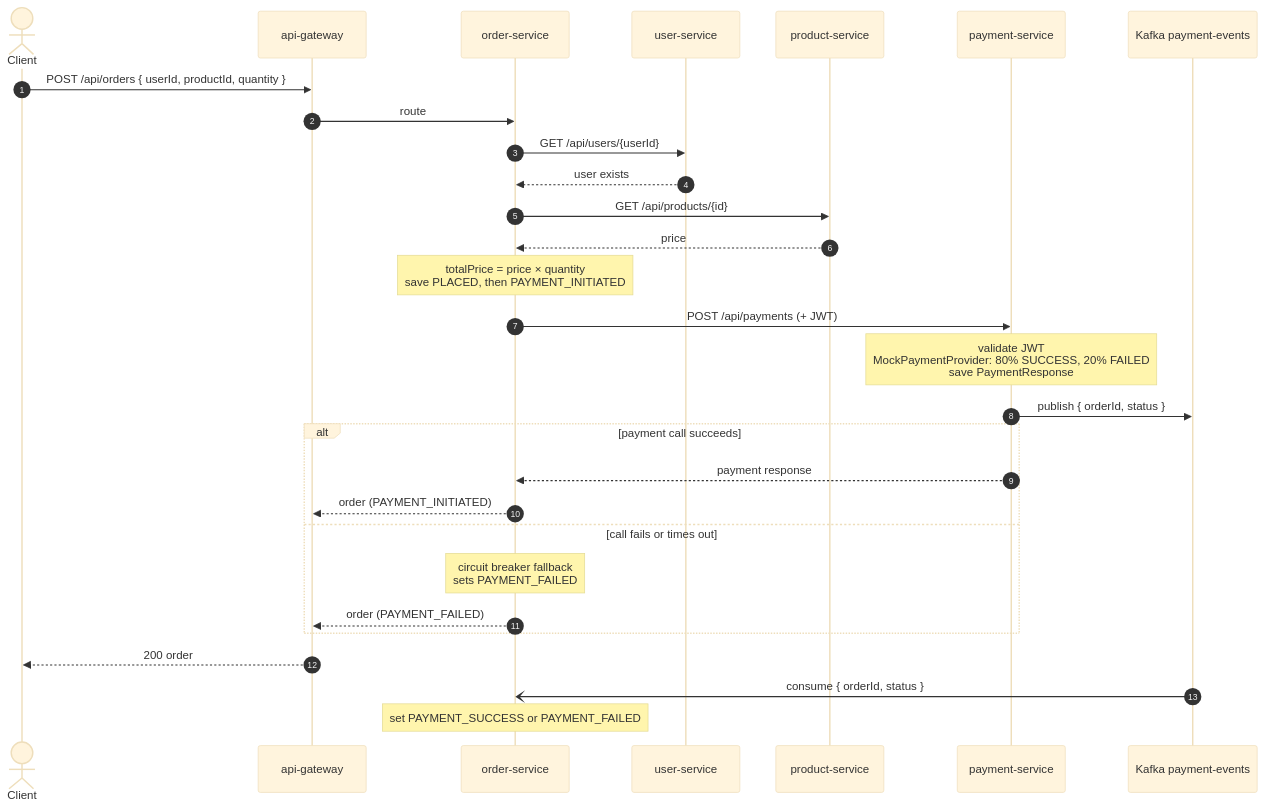
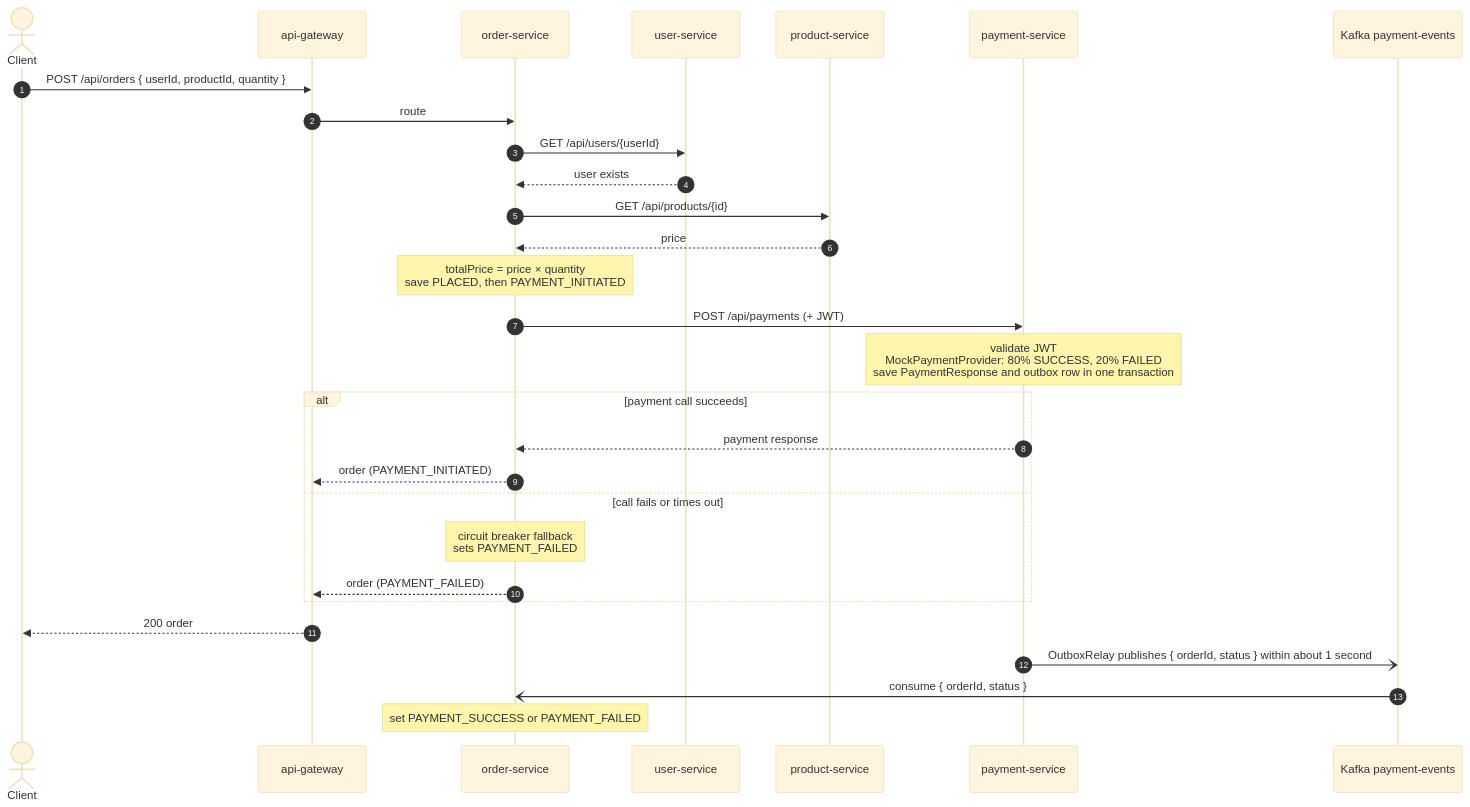
Before and after one commit to Rishav30194/order-management-service: the fifth of 5 diagrams in README.md, drawn with Mermaid (base theme). The commit also changed other lines of this file and 9 other files, not shown here.

Commit message:
Publish payment events through a transactional outbox

````diff
--- a/README.md
+++ b/README.md
@@ -248,32 +248,32 @@
 ```mermaid
 sequenceDiagram
     autonumber
     actor C as Client
     participant G as api-gateway
     participant O as order-service
     participant U as user-service
     participant P as product-service
     participant Pay as payment-service
     participant K as Kafka payment-events
 
     C->>G: POST /api/orders { userId, productId, quantity }
     G->>O: route
     O->>U: GET /api/users/{userId}
     U-->>O: user exists
     O->>P: GET /api/products/{id}
     P-->>O: price
     Note over O: totalPrice = price × quantity<br/>save PLACED, then PAYMENT_INITIATED
     O->>Pay: POST /api/payments (+ JWT)
-    Note over Pay: validate JWT<br/>MockPaymentProvider: 80% SUCCESS, 20% FAILED<br/>save PaymentResponse
-    Pay->>K: publish { orderId, status }
+    Note over Pay: validate JWT<br/>MockPaymentProvider: 80% SUCCESS, 20% FAILED<br/>save PaymentResponse and outbox row in one transaction
     alt payment call succeeds
         Pay-->>O: payment response
         O-->>G: order (PAYMENT_INITIATED)
     else call fails or times out
         Note over O: circuit breaker fallback<br/>sets PAYMENT_FAILED
         O-->>G: order (PAYMENT_FAILED)
     end
     G-->>C: 200 order
+    Pay-)K: OutboxRelay publishes { orderId, status } within about 1 second
     K-)O: consume { orderId, status }
     Note over O: set PAYMENT_SUCCESS or PAYMENT_FAILED
 ```
````
